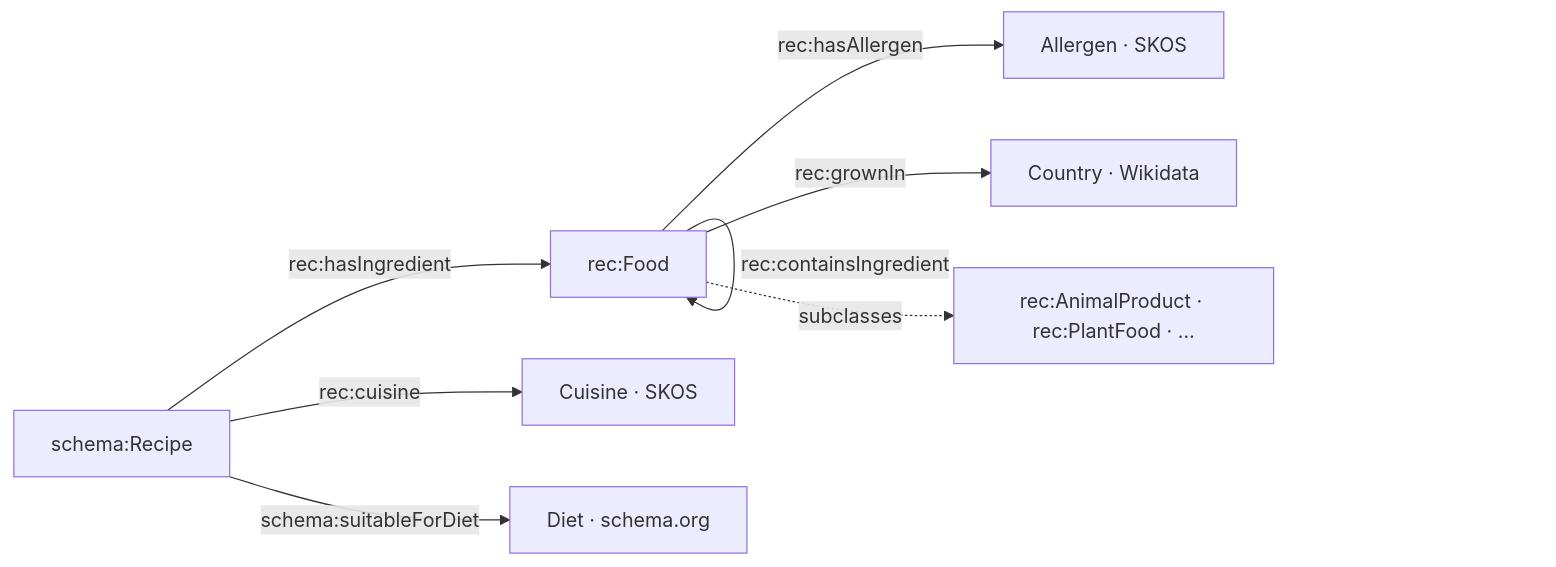
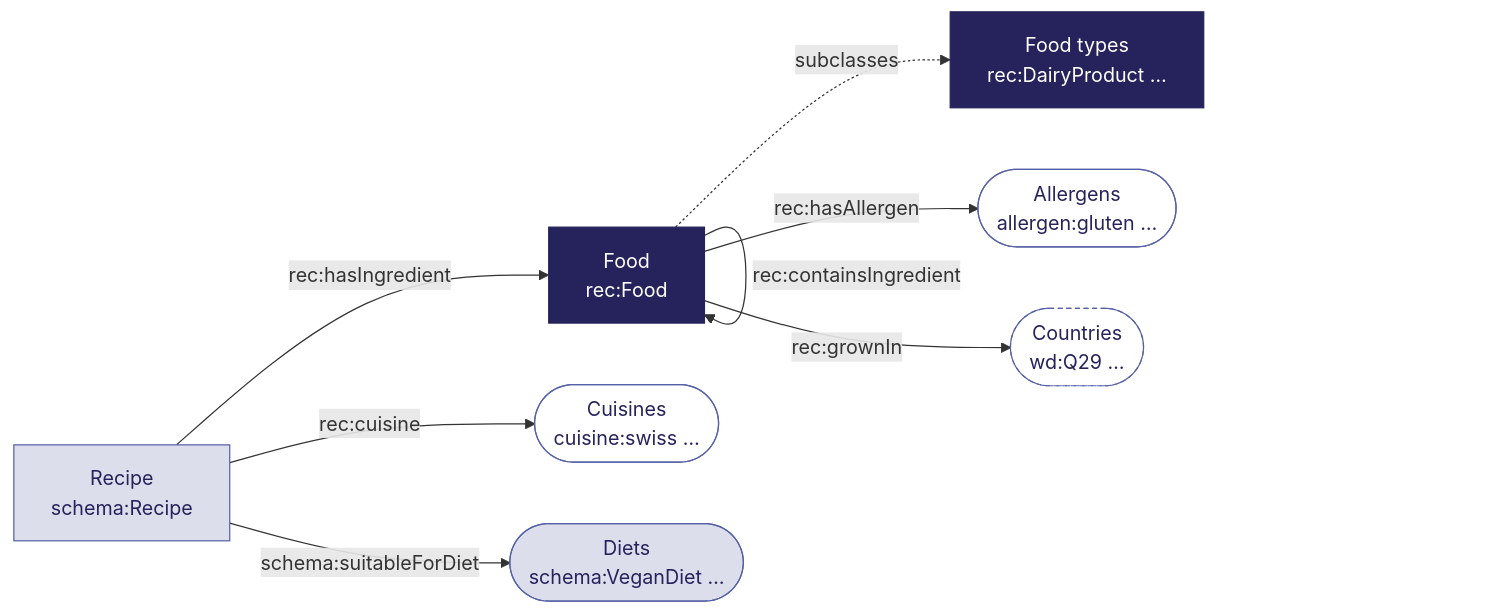
One commit to sdsc-ordes/rdf-training changed the diagram in slides/modules/h1-model/parts/02-reveal.md. Above: the diagram before and after it, drawn with Mermaid. The commit also changed other lines of this file and 1 other file, not shown here.

Commit message:
feat(slides): show term origins in reference model

````diff
--- a/slides/modules/h1-model/parts/02-reveal.md
+++ b/slides/modules/h1-model/parts/02-reveal.md
@@ -7,10 +7,15 @@
-```mermaid
+```mermaid {scale: 0.75}
 graph LR
-  R[schema:Recipe] -- rec:hasIngredient --> F[rec:Food]
+  R["Recipe<br/>schema:Recipe"]:::reused -- rec:hasIngredient --> F["Food<br/>rec:Food"]:::ours
   F -- rec:containsIngredient --> F
-  F -- rec:hasAllergen --> A[Allergen · SKOS]
-  F -- rec:grownIn --> C[Country · Wikidata]
-  R -- rec:cuisine --> K[Cuisine · SKOS]
-  R -- schema:suitableForDiet --> D[Diet · schema.org]
-  F -. subclasses .-> AP[rec:AnimalProduct · rec:PlantFood · …]
+  F -. subclasses .-> T["Food types<br/>rec:DairyProduct …"]:::ours
+  F -- rec:hasAllergen --> A(["Allergens<br/>allergen:gluten …"]):::lists
+  F -- rec:grownIn --> C(["Countries<br/>wd:Q29 …"]):::external
+  R -- rec:cuisine --> K(["Cuisines<br/>cuisine:swiss …"]):::lists
+  R -- schema:suitableForDiet --> D(["Diets<br/>schema:VeganDiet …"]):::reused
+  %% colours mirror vendor/sdsc-slides/references/tokens.toml
+  classDef ours fill:#26235C,stroke:#26235C,color:#FFFFFF
+  classDef reused fill:#DDDEEC,stroke:#5561A6,color:#26235C
+  classDef lists fill:#FFFFFF,stroke:#5561A6,color:#26235C
+  classDef external fill:#FFFFFF,stroke:#5561A6,stroke-dasharray:4 3,color:#26235C
 ```
````
